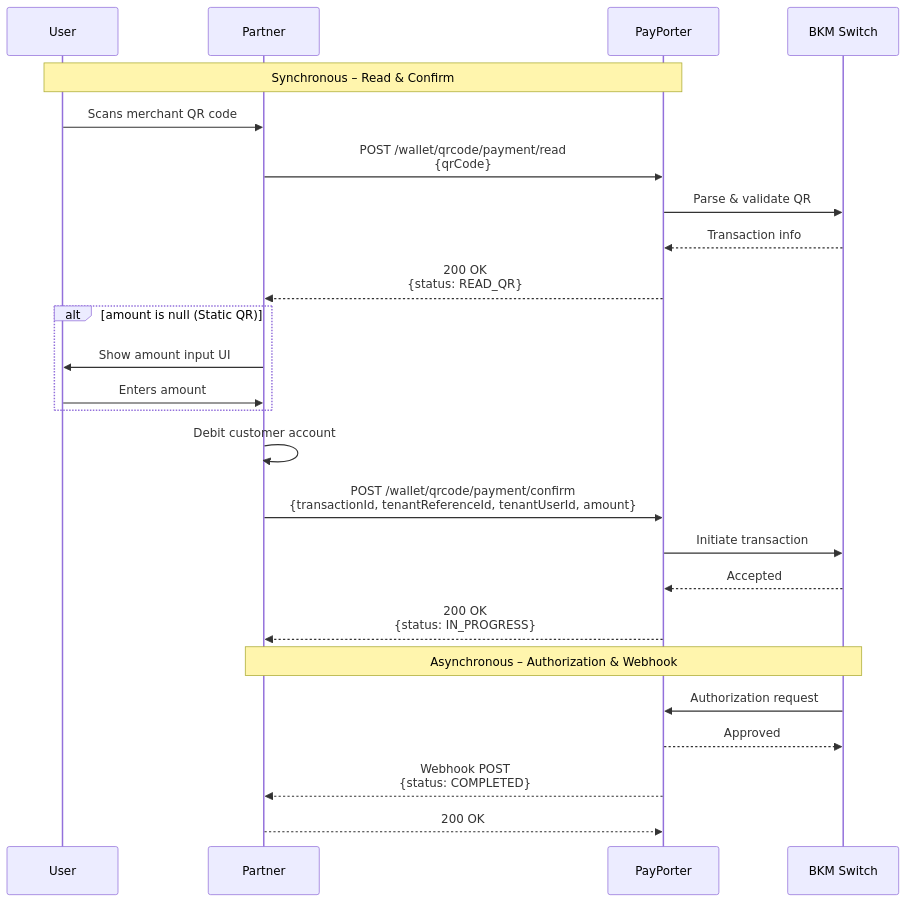
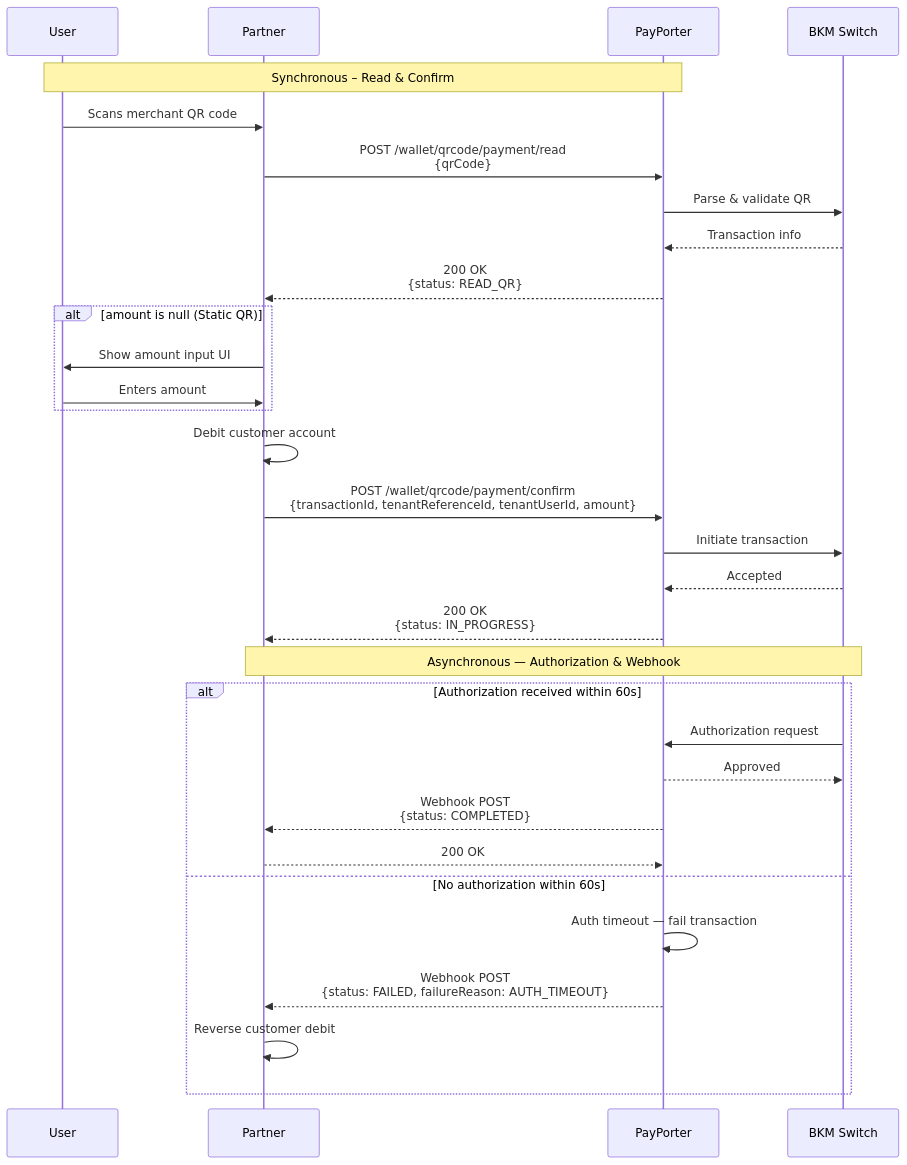
Before and after one commit to commitup/api-doc-v2: the first of 3 diagrams in docs/qr-payments/flow-diagrams.md, drawn with Mermaid. The commit also changed 7 other files, not shown here.

Commit message:
PD-13000 qr api failureReason 60s confirm to auth timeout

````diff
--- a/docs/qr-payments/flow-diagrams.md
+++ b/docs/qr-payments/flow-diagrams.md
@@ -9,31 +9,37 @@
 ```mermaid
 sequenceDiagram
     participant User
     participant Partner
     participant PayPorter
     participant BKM_Switch as BKM Switch
 
     Note over User, PayPorter: Synchronous – Read & Confirm
     User->>Partner: Scans merchant QR code
     Partner->>PayPorter: POST /wallet/qrcode/payment/read<br/>{qrCode}
     PayPorter->>BKM_Switch: Parse & validate QR
     BKM_Switch-->>PayPorter: Transaction info
     PayPorter-->>Partner: 200 OK<br/>{status: READ_QR}
 
     alt amount is null (Static QR)
         Partner->>User: Show amount input UI
         User->>Partner: Enters amount
     end
 
     Partner->>Partner: Debit customer account
     Partner->>PayPorter: POST /wallet/qrcode/payment/confirm<br/>{transactionId, tenantReferenceId, tenantUserId, amount}
     PayPorter->>BKM_Switch: Initiate transaction
     BKM_Switch-->>PayPorter: Accepted
     PayPorter-->>Partner: 200 OK<br/>{status: IN_PROGRESS}
 
-    Note over Partner, BKM_Switch: Asynchronous – Authorization & Webhook
-    BKM_Switch->>PayPorter: Authorization request
-    PayPorter-->>BKM_Switch: Approved
-    PayPorter-->>Partner: Webhook POST<br/>{status: COMPLETED}
-    Partner-->>PayPorter: 200 OK
+    Note over Partner, BKM_Switch: Asynchronous — Authorization & Webhook
+    alt Authorization received within 60s
+        BKM_Switch->>PayPorter: Authorization request
+        PayPorter-->>BKM_Switch: Approved
+        PayPorter-->>Partner: Webhook POST<br/>{status: COMPLETED}
+        Partner-->>PayPorter: 200 OK
+    else No authorization within 60s
+        PayPorter->>PayPorter: Auth timeout — fail transaction
+        PayPorter-->>Partner: Webhook POST<br/>{status: FAILED, failureReason: AUTH_TIMEOUT}
+        Partner->>Partner: Reverse customer debit
+    end
 ```
````
